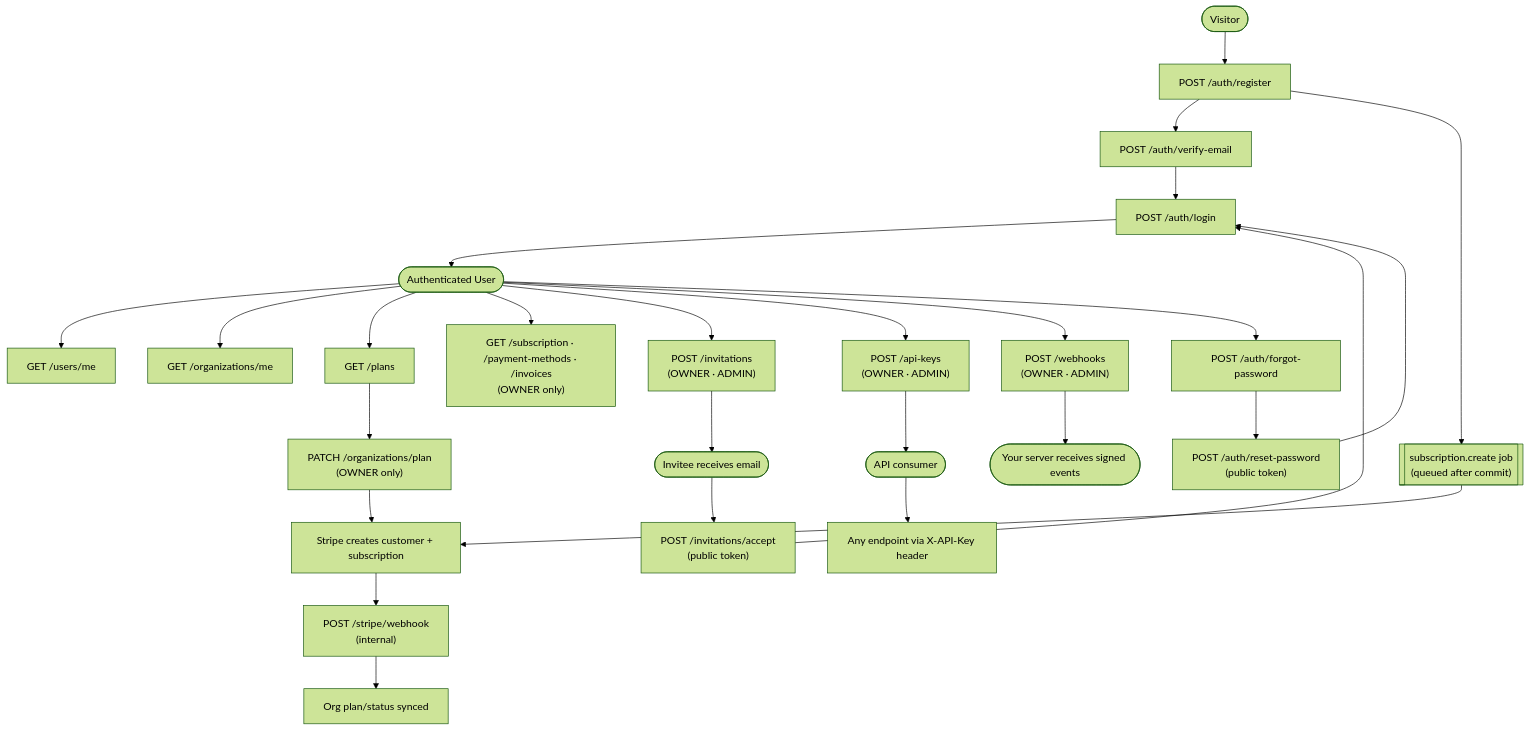
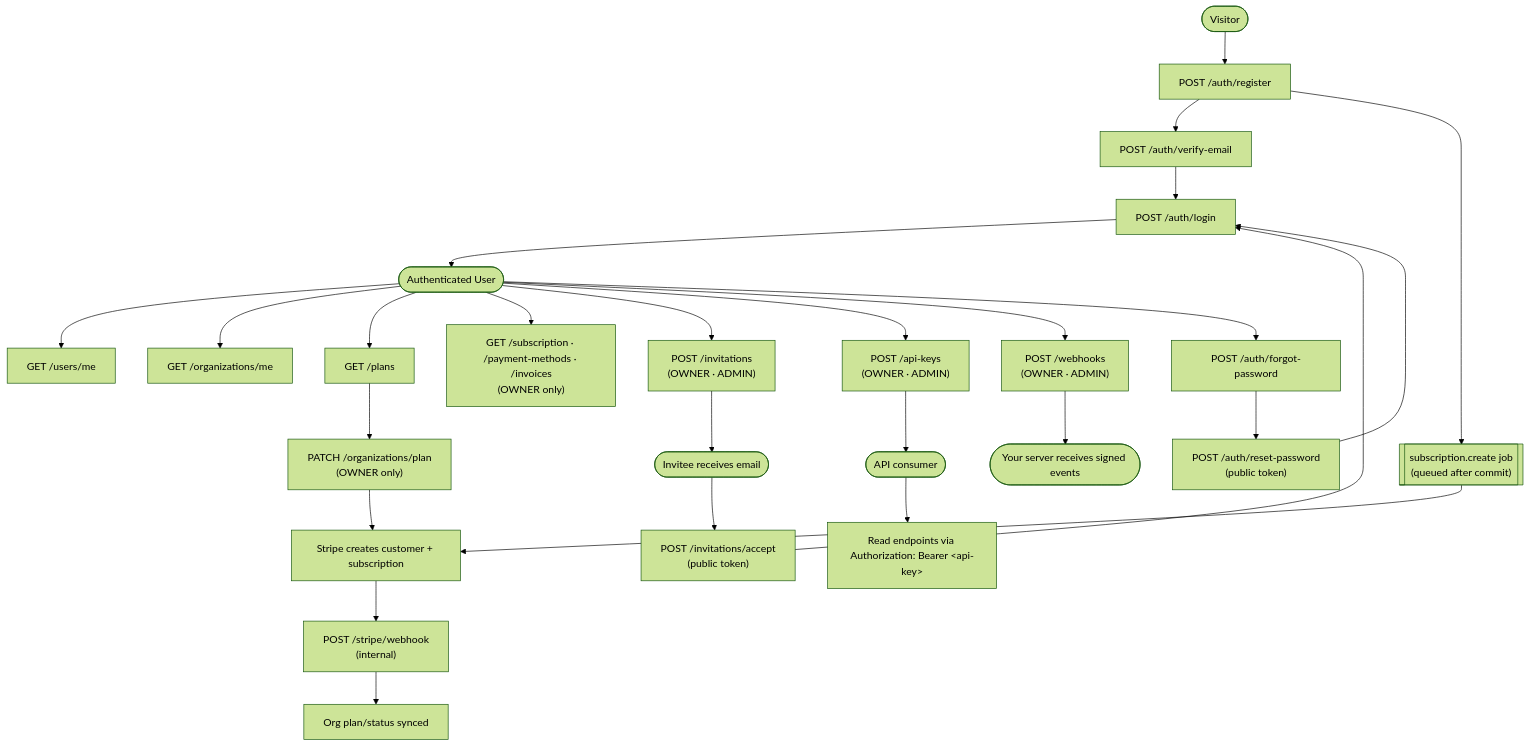
One commit to DahboorSa/nestjs-saas-starter changed the diagram in README.md. Above: the diagram before and after it, drawn with Mermaid (forest theme). The commit also changed other lines of this file and 1 other file, not shown here.

````diff
--- a/README.md
+++ b/README.md
@@ -13,36 +220,36 @@
 ```mermaid
 flowchart TD
     A([Visitor]) --> B[POST /auth/register]
     B --> C[POST /auth/verify-email]
     C --> D[POST /auth/login]
     D --> E([Authenticated User])
 
     B --> B1[["subscription.create job\n(queued after commit)"]]
     B1 --> J[Stripe creates customer + subscription]
     J --> K["POST /stripe/webhook\n(internal)"]
     K --> L[Org plan/status synced]
 
     E --> F[GET /users/me]
     E --> G[GET /organizations/me]
     E --> H[GET /plans]
 
     H --> I["PATCH /organizations/plan\n(OWNER only)"]
     I --> J
     E --> I2["GET /subscription · /payment-methods · /invoices\n(OWNER only)"]
 
     E --> M["POST /invitations\n(OWNER · ADMIN)"]
     M --> N([Invitee receives email])
     N --> O["POST /invitations/accept\n(public token)"]
     O --> D
 
     E --> P["POST /api-keys\n(OWNER · ADMIN)"]
     P --> Q([API consumer])
-    Q --> R[Any endpoint via X-API-Key header]
+    Q --> R["Read endpoints via Authorization: Bearer &lt;api-key&gt;"]
 
     E --> S["POST /webhooks\n(OWNER · ADMIN)"]
     S --> T([Your server receives signed events])
 
     E --> U[POST /auth/forgot-password]
     U --> V["POST /auth/reset-password\n(public token)"]
     V --> D
 ```
````
